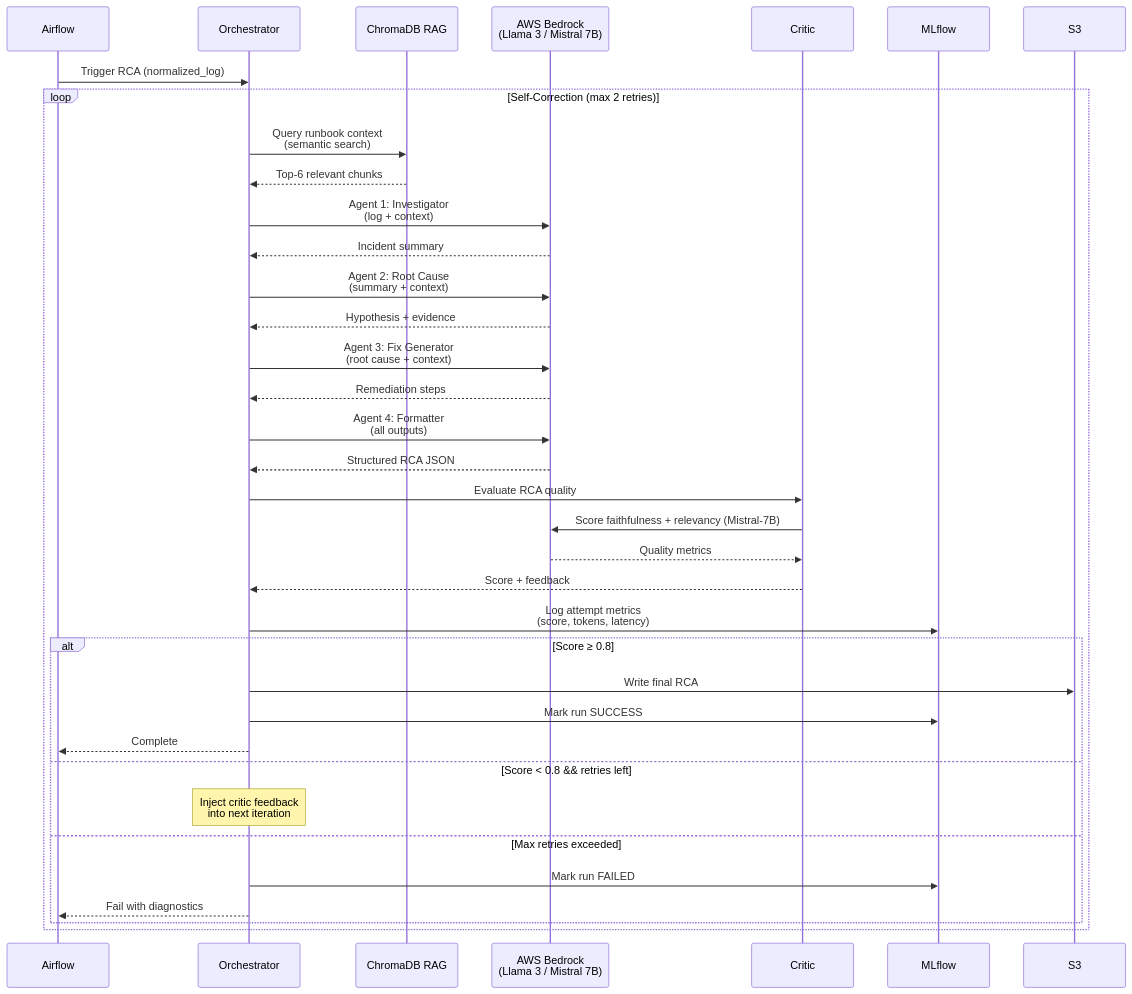
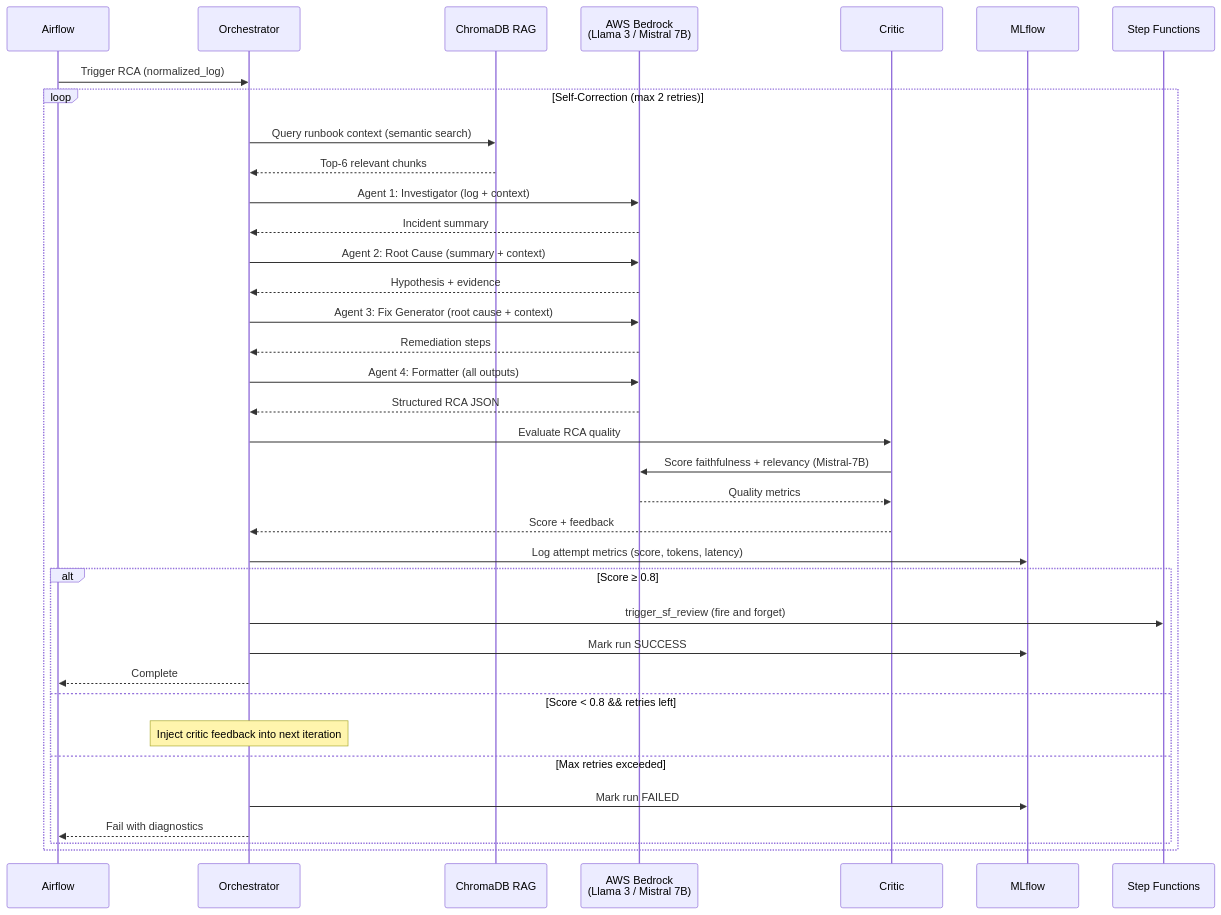
Before and after one commit to nasim-raj-laskar/InfraMind: the second of 6 diagrams in README.md, drawn with Mermaid. The commit also changed other lines of this file and 1 other file, not shown here.

````diff
--- a/README.md
+++ b/README.md
@@ -73,47 +85,47 @@
 ```mermaid
 sequenceDiagram
     participant Airflow
     participant Orchestrator
     participant RAG as ChromaDB RAG
     participant Bedrock as AWS Bedrock<br/>(Llama 3 / Mistral 7B)
     participant Critic
     participant MLflow
-    participant S3
-    
+    participant SF as Step Functions
+
     Airflow->>Orchestrator: Trigger RCA (normalized_log)
-    
+
     loop Self-Correction (max 2 retries)
-        Orchestrator->>RAG: Query runbook context<br/>(semantic search)
+        Orchestrator->>RAG: Query runbook context (semantic search)
         RAG-->>Orchestrator: Top-6 relevant chunks
-        
-        Orchestrator->>Bedrock: Agent 1: Investigator<br/>(log + context)
+
+        Orchestrator->>Bedrock: Agent 1: Investigator (log + context)
         Bedrock-->>Orchestrator: Incident summary
-        
-        Orchestrator->>Bedrock: Agent 2: Root Cause<br/>(summary + context)
+
+        Orchestrator->>Bedrock: Agent 2: Root Cause (summary + context)
         Bedrock-->>Orchestrator: Hypothesis + evidence
-        
-        Orchestrator->>Bedrock: Agent 3: Fix Generator<br/>(root cause + context)
+
+        Orchestrator->>Bedrock: Agent 3: Fix Generator (root cause + context)
         Bedrock-->>Orchestrator: Remediation steps
-        
-        Orchestrator->>Bedrock: Agent 4: Formatter<br/>(all outputs)
+
+        Orchestrator->>Bedrock: Agent 4: Formatter (all outputs)
         Bedrock-->>Orchestrator: Structured RCA JSON
-        
+
         Orchestrator->>Critic: Evaluate RCA quality
         Critic->>Bedrock: Score faithfulness + relevancy (Mistral-7B)
         Bedrock-->>Critic: Quality metrics
         Critic-->>Orchestrator: Score + feedback
-        
-        Orchestrator->>MLflow: Log attempt metrics<br/>(score, tokens, latency)
-        
+
+        Orchestrator->>MLflow: Log attempt metrics (score, tokens, latency)
+
         alt Score ≥ 0.8
-            Orchestrator->>S3: Write final RCA
+            Orchestrator->>SF: trigger_sf_review (fire and forget)
             Orchestrator->>MLflow: Mark run SUCCESS
             Orchestrator-->>Airflow: Complete
         else Score < 0.8 && retries left
-            Note over Orchestrator: Inject critic feedback<br/>into next iteration
+            Note over Orchestrator: Inject critic feedback into next iteration
         else Max retries exceeded
             Orchestrator->>MLflow: Mark run FAILED
             Orchestrator-->>Airflow: Fail with diagnostics
         end
     end
 ```
````
